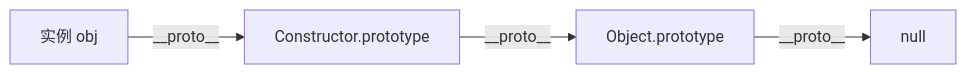
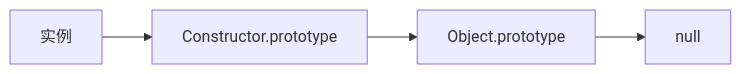
Before and after one commit to c-builder/study: the diagram in 01-基础内功/02-JavaScript核心原理.md, drawn with Mermaid. The commit also changed other lines of this file and 28 other files, not shown here.

````diff
--- a/01-基础内功/02-JavaScript核心原理.md
+++ b/01-基础内功/02-JavaScript核心原理.md
@@ -59,6 +62,6 @@
 ```mermaid
 flowchart LR
-    instance[实例 obj] -->|__proto__| ConstructorProto[Constructor.prototype]
-    ConstructorProto -->|__proto__| ObjectProto[Object.prototype]
-    ObjectProto -->|__proto__| null[null]
+    obj[实例] --> proto[Constructor.prototype]
+    proto --> ObjectProto[Object.prototype]
+    ObjectProto --> null[null]
 ```
````
